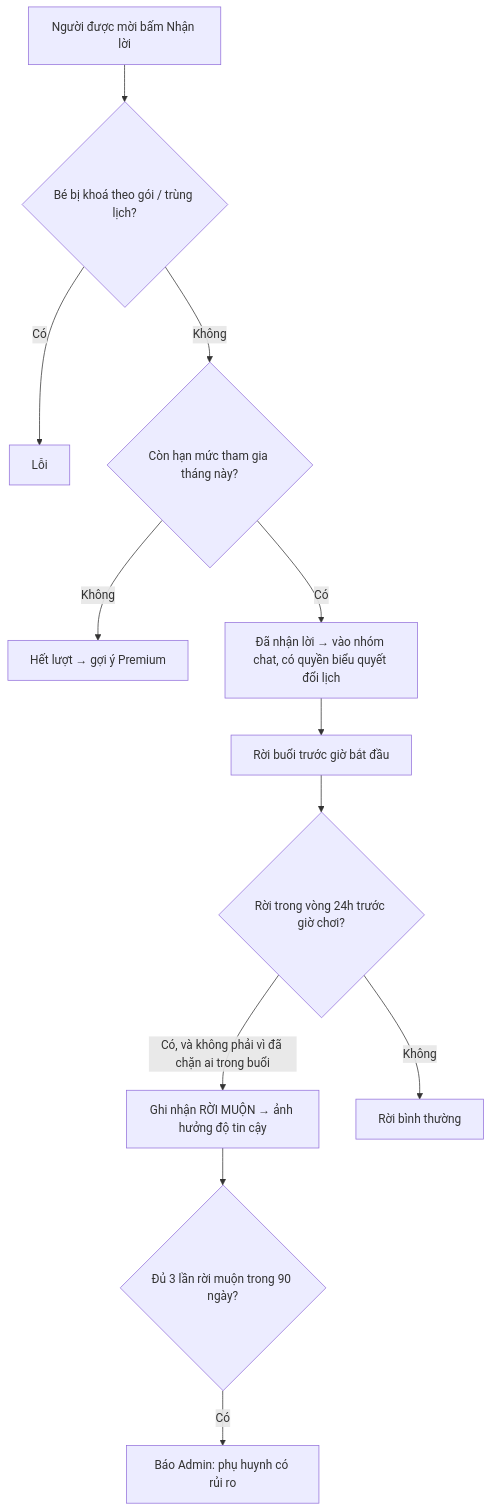
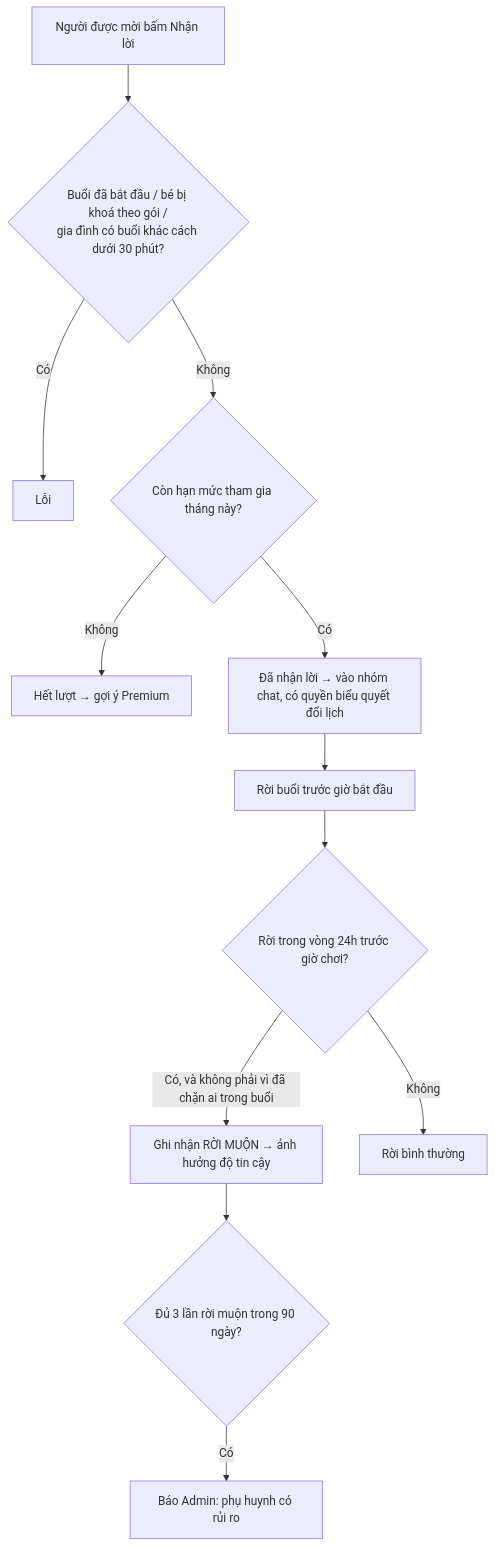
Before and after one commit to BuddyLink-Team/Front-End: the third of 4 diagrams in final-docs/07-buoi-choi-playdate.md, drawn with Mermaid. The commit also changed other lines of this file and 23 other files, not shown here.

````diff
--- a/final-docs/07-buoi-choi-playdate.md
+++ b/final-docs/07-buoi-choi-playdate.md
@@ -75,14 +75,14 @@
 ```mermaid
 flowchart TD
-    A[Người được mời bấm Nhận lời] --> B{Bé bị khoá theo gói / trùng lịch?}
+    A[Người được mời bấm Nhận lời] --> B{Buổi đã bắt đầu / bé bị khoá theo gói /<br/>gia đình có buổi khác cách dưới 30 phút?}
     B -- Có --> X[Lỗi]
     B -- Không --> C{Còn hạn mức tham gia tháng này?}
     C -- Không --> X2[Hết lượt → gợi ý Premium]
     C -- Có --> D[Đã nhận lời → vào nhóm chat, có quyền biểu quyết đổi lịch]
     D --> E[Rời buổi trước giờ bắt đầu]
     E --> F{Rời trong vòng 24h trước giờ chơi?}
     F -- Có, và không phải vì đã chặn ai trong buổi --> G[Ghi nhận RỜI MUỘN → ảnh hưởng độ tin cậy]
     F -- Không --> H[Rời bình thường]
     G --> I{Đủ 3 lần rời muộn trong 90 ngày?}
     I -- Có --> J[Báo Admin: phụ huynh có rủi ro]
 ```
````
